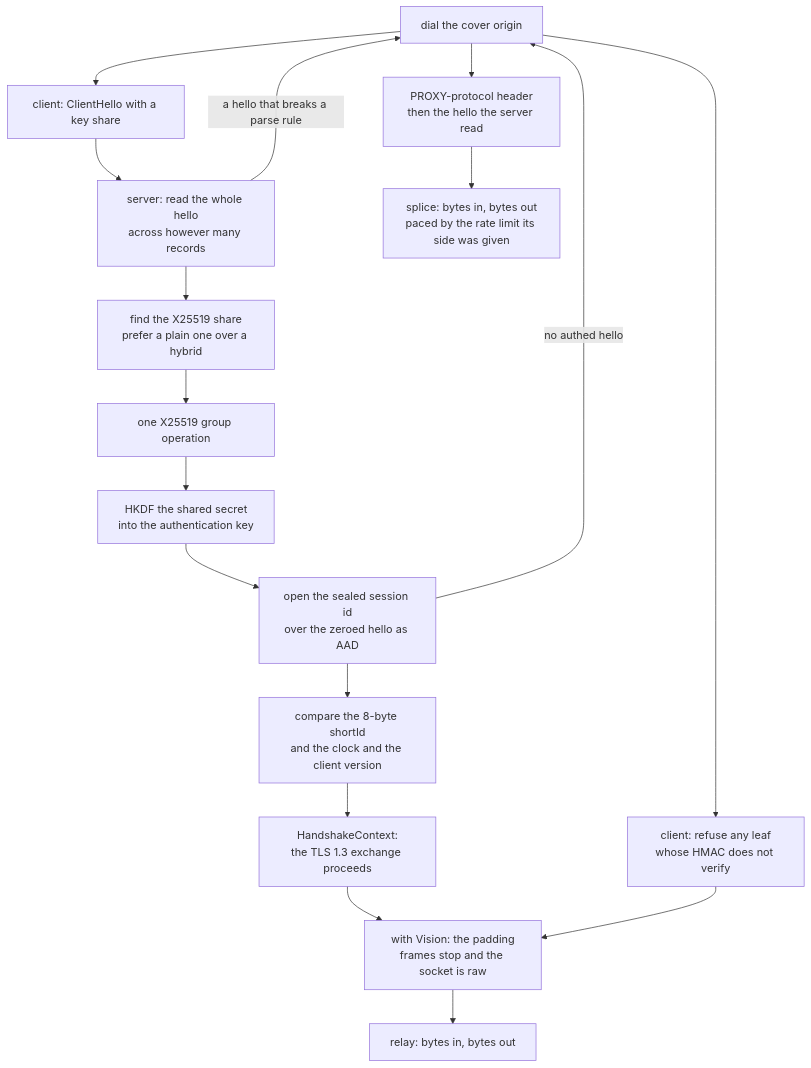
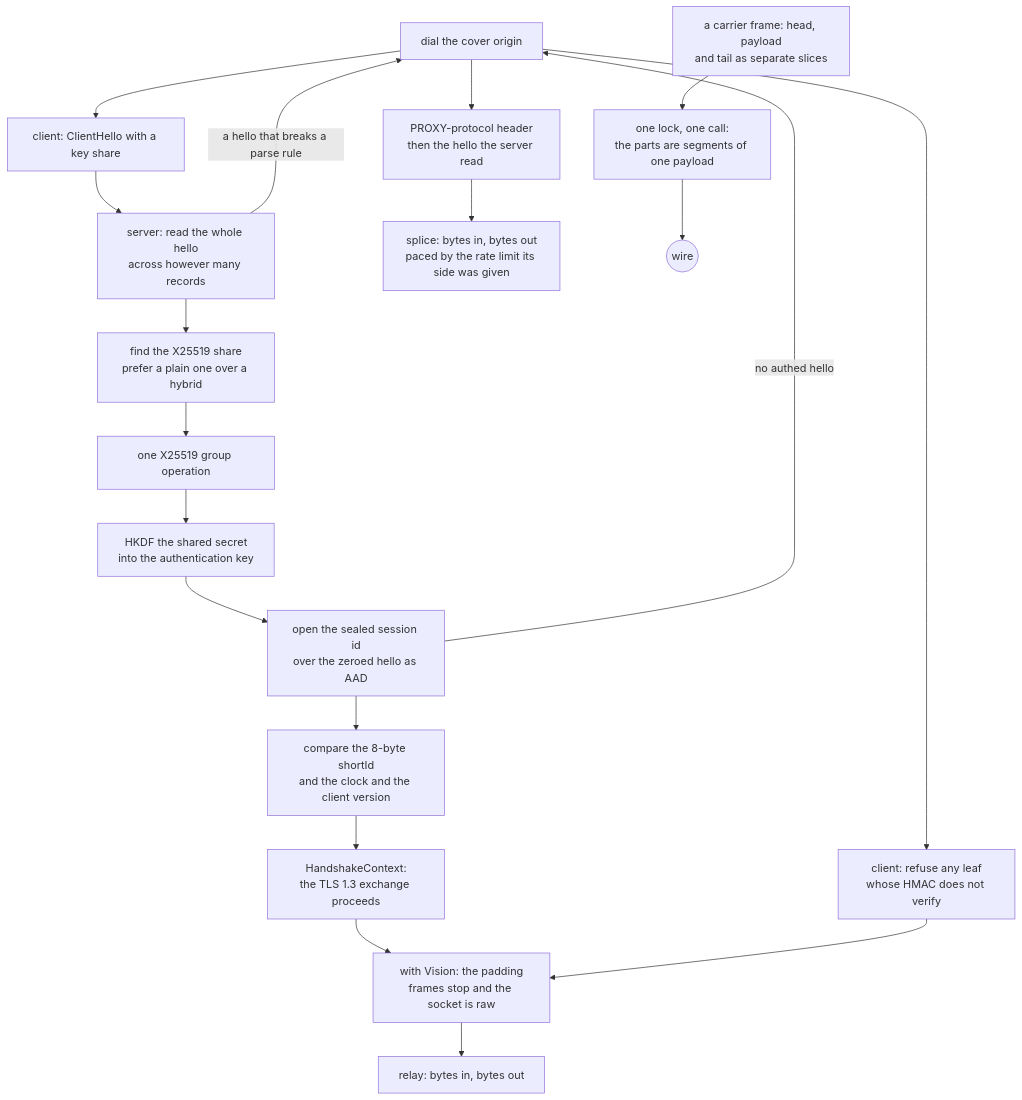
Before and after one commit to Ferrocite/ferrox: the diagram in docs/function/reality-tls.md, drawn with Mermaid. The commit also changed other lines of this file and 2 other files, not shown here.

First line of the commit message:
tls: one session call per carrier frame, so a frame seals one record

````diff
--- a/docs/function/reality-tls.md
+++ b/docs/function/reality-tls.md
@@ -27,19 +27,21 @@
 ```mermaid
 graph TD
     D["dial: stock hello with a zeroed tag<br/>for the AAD, then with the seal"] --> C["client: ClientHello with a key share"]
     C --> S["server: read the whole hello<br/>across however many records"]
     S --> X["find the X25519 share<br/>prefer a plain one over a hybrid"]
     S -->|"a hello that breaks a parse rule"| D
     X --> G["one X25519 group operation"]
     G --> K["HKDF the shared secret<br/>into the authentication key"]
     K --> A["open the sealed session id<br/>over the zeroed hello as AAD"]
     A --> I["compare the 8-byte shortId<br/>and the clock and the client version"]
     I --> P["HandshakeContext:<br/>the TLS 1.3 exchange proceeds"]
     A -->|"no authed hello"| D["dial the cover origin"]
     D --> H["PROXY-protocol header<br/>then the hello the server read"]
     H --> R["splice: bytes in, bytes out<br/>paced by the rate limit its side was given"]
     P --> V["with Vision: the padding<br/>frames stop and the socket is raw"]
     V --> L["relay: bytes in, bytes out"]
+    FR["a carrier frame: head, payload<br/>and tail as separate slices"] --> FC["one lock, one call:<br/>the parts are segments of one payload"]
+    FC --> WR(("wire"))
     D --> Q["client: refuse any leaf<br/>whose HMAC does not verify"]
     Q --> V
 ```
````
